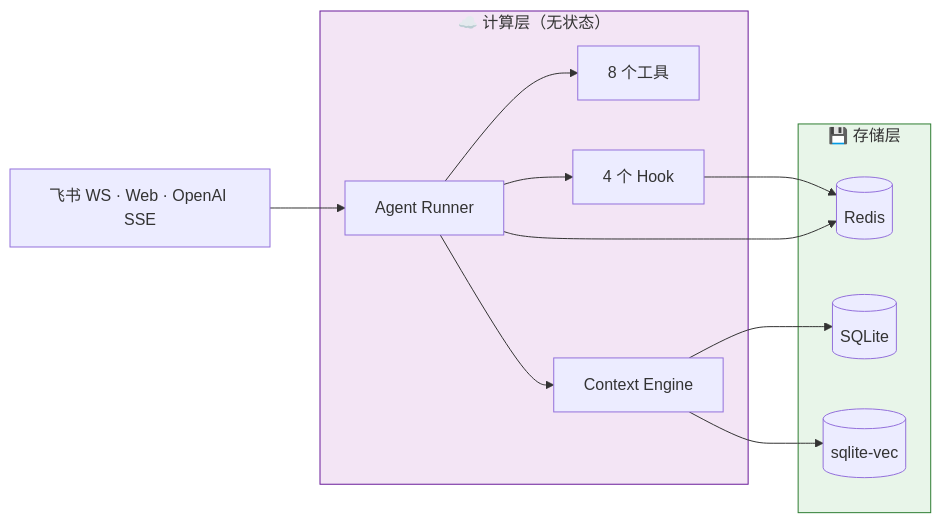
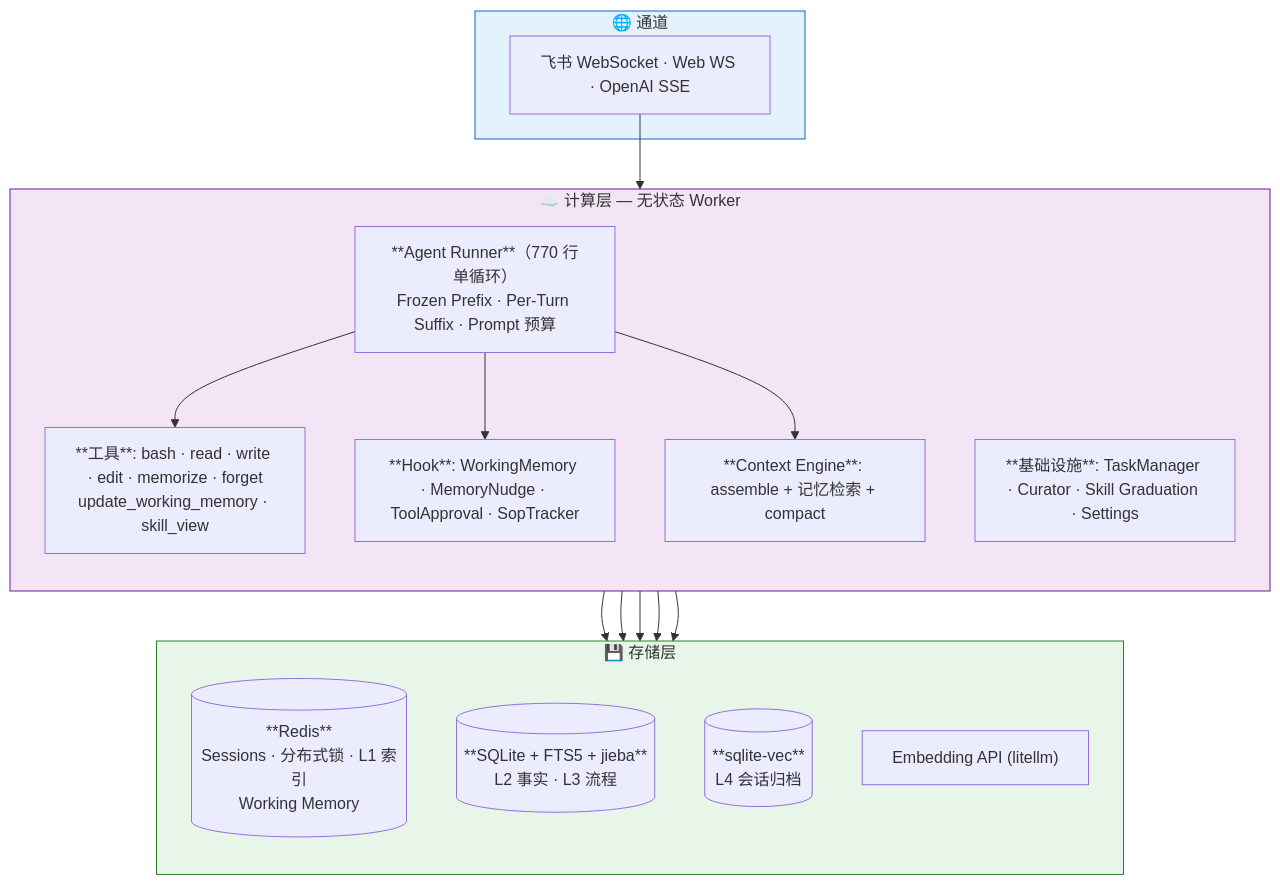
The third of 4 diagrams in README_CN.md (Timeflys2018/pyclaw), drawn with Mermaid before and after one commit. The commit also changed 1 other file, not shown here.

Commit message:
docs: 完善架构图内容（列出具体工具/Hook/组件名称）

````diff
--- a/README_CN.md
+++ b/README_CN.md
@@ -172,23 +172,37 @@
 ```mermaid
-graph LR
-    subgraph Compute["☁️ 计算层（无状态）"]
-        Runner[Agent Runner] --> Tools[8 个工具]
-        Runner --> Hooks[4 个 Hook]
-        Runner --> CE[Context Engine]
+graph TB
+    subgraph Channels["🌐 通道"]
+        CH[飞书 WebSocket · Web WS · OpenAI SSE]
+    end
+
+    subgraph Compute["☁️ 计算层 — 无状态 Worker"]
+        direction TB
+        Runner["**Agent Runner**（770 行单循环）<br/>Frozen Prefix · Per-Turn Suffix · Prompt 预算"]
+        Tools["**工具**: bash · read · write · edit · memorize · forget<br/>update_working_memory · skill_view"]
+        Hooks["**Hook**: WorkingMemory · MemoryNudge · ToolApproval · SopTracker"]
+        CE["**Context Engine**: assemble + 记忆检索 + compact"]
+        Infra["**基础设施**: TaskManager · Curator · Skill Graduation · Settings"]
     end
 
     subgraph Storage["💾 存储层"]
-        Redis[(Redis)]
-        SQLite[(SQLite)]
-        Vec[(sqlite-vec)]
+        direction TB
+        Redis[("**Redis**<br/>Sessions · 分布式锁 · L1 索引<br/>Working Memory")]
+        Memory[("**SQLite + FTS5 + jieba**<br/>L2 事实 · L3 流程")]
+        Vec[("**sqlite-vec**<br/>L4 会话归档")]
+        Embed["Embedding API (litellm)"]
     end
 
-    Channels[飞书 WS · Web · OpenAI SSE] --> Runner
-    CE --> SQLite
+    CH --> Runner
+    Runner --> Tools
+    Runner --> Hooks
+    Runner --> CE
+    Hooks --> Redis
+    CE --> Memory
     CE --> Vec
-    Hooks --> Redis
-    Runner --> Redis
+    CE --> Embed
+    Infra --> Redis
 
+    style Channels fill:#e3f2fd,stroke:#1565c0
     style Compute fill:#f3e5f5,stroke:#6a1b9a
     style Storage fill:#e8f5e9,stroke:#2e7d32
 ```
````
